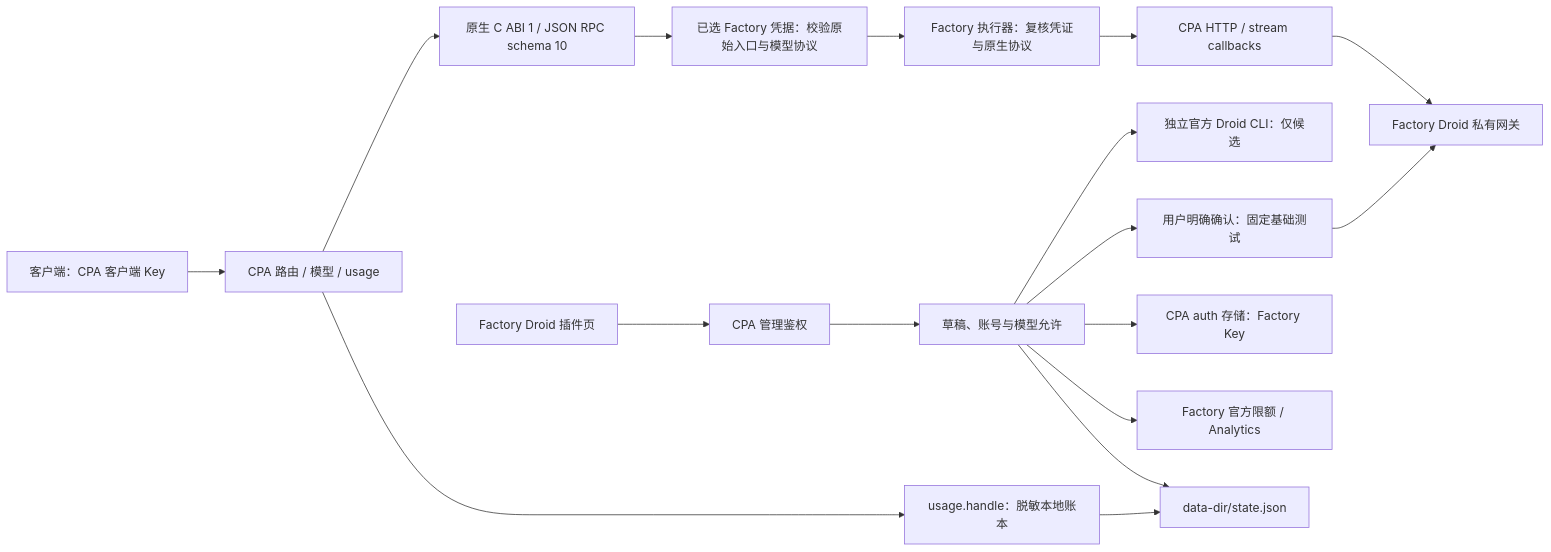
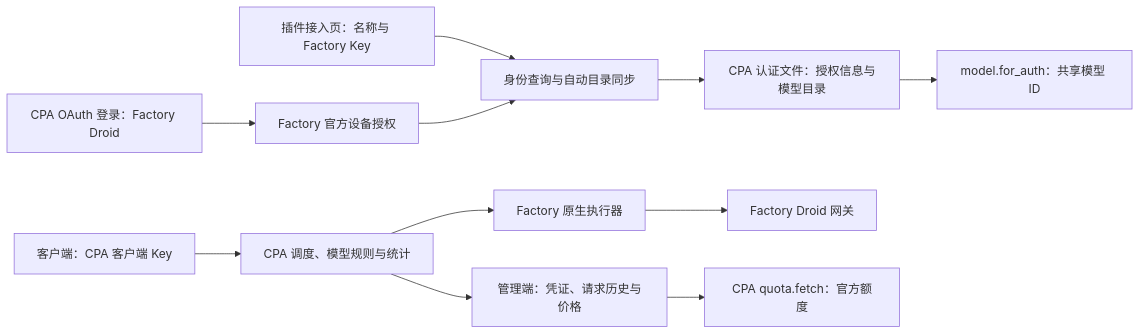
The diagram in docs/architecture.md (junxin367/cpa-factory-droid), drawn with Mermaid before and after one commit. The commit also changed other lines of this file and 33 other files, not shown here.

First line of the commit message:
feat(factory): 接入原生凭证与 OAuth 并隔离会话缓存

````diff
--- a/docs/architecture.md
+++ b/docs/architecture.md
@@ -7,19 +7,13 @@
 ```mermaid
 flowchart LR
-    Client["客户端：CPA 客户端 Key"] --> CPA["CPA 路由 / 模型 / usage"]
-    CPA --> ABI["原生 C ABI 1 / JSON RPC schema 10"]
-    ABI --> Guard["已选 Factory 凭据：校验原始入口与模型协议"]
-    Guard --> Executor["Factory 执行器：复核凭证与原生协议"]
-    Executor --> HTTP["CPA HTTP / stream callbacks"]
-    HTTP --> Factory["Factory Droid 私有网关"]
-    Page["Factory Droid 插件页"] --> Mgmt["CPA 管理鉴权"]
-    Mgmt --> Accounts["草稿、账号与模型允许"]
-    Accounts --> CLI["独立官方 Droid CLI：仅候选"]
-    Accounts --> Probe["用户明确确认：固定基础测试"]
-    Probe --> Factory
-    Accounts --> Auth["CPA auth 存储：Factory Key"]
-    Accounts --> Official["Factory 官方限额 / Analytics"]
-    CPA --> Local["usage.handle：脱敏本地账本"]
-    Local --> State["data-dir/state.json"]
-    Accounts --> State
+    Add["插件接入页：名称与 Factory Key"] --> Identity["身份查询与自动目录同步"]
+    OAuth["CPA OAuth 登录：Factory Droid"] --> Device["Factory 官方设备授权"]
+    Device --> Identity
+    Identity --> Auth["CPA 认证文件：授权信息与模型目录"]
+    Auth --> Models["model.for_auth：共享模型 ID"]
+    Client["客户端：CPA 客户端 Key"] --> CPA["CPA 调度、模型规则与统计"]
+    CPA --> Executor["Factory 原生执行器"]
+    Executor --> Factory["Factory Droid 网关"]
+    CPA --> Manager["管理端：凭证、请求历史与价格"]
+    Manager --> Quota["CPA quota.fetch：官方额度"]
 ```
````
